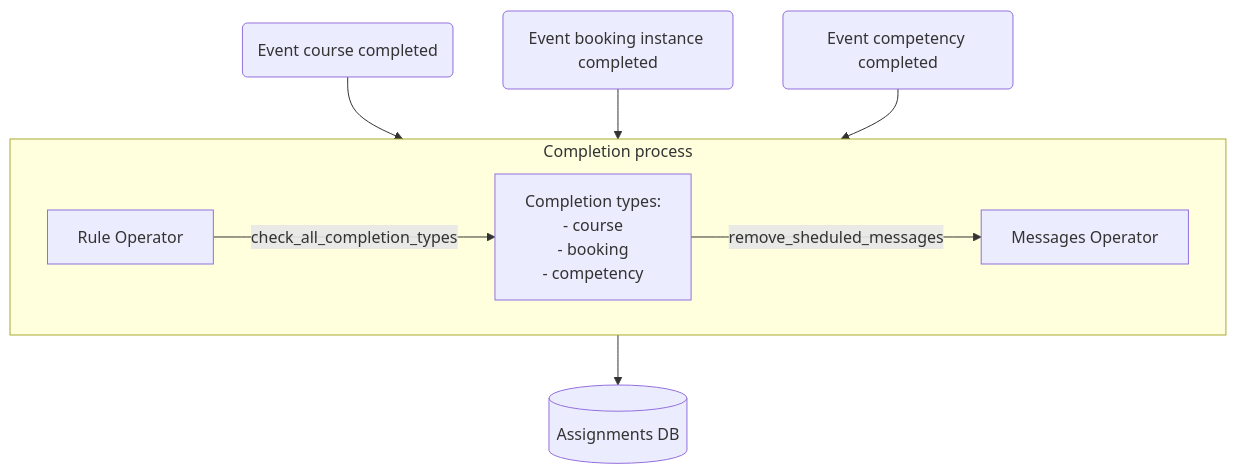
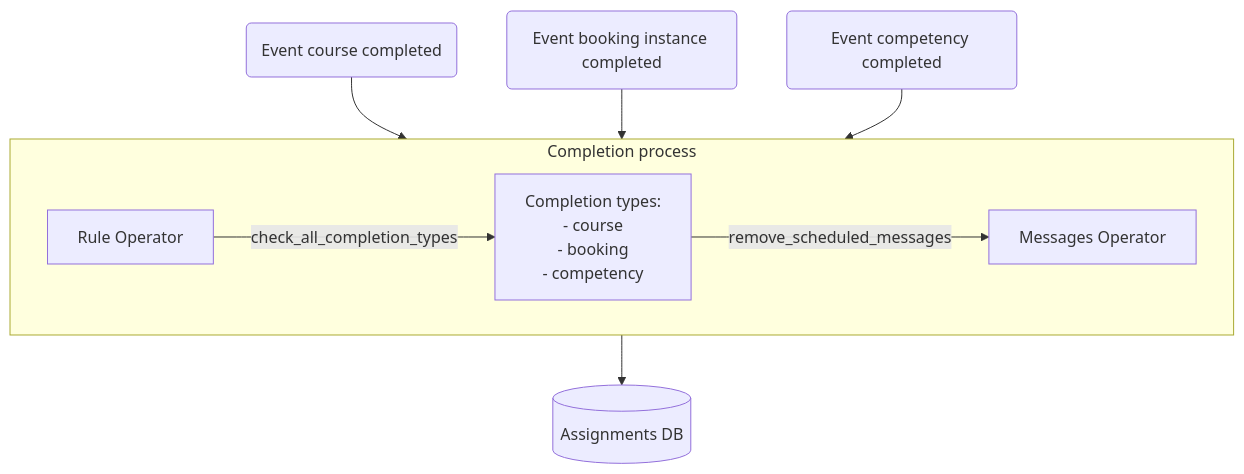
One commit to Wunderbyte-GmbH/Moodle-local_taskflow changed the diagram in classes/local/completion_process/assignment_operators_info.md. Above: the diagram before and after it, drawn with Mermaid. The commit also changed 20 other files, not shown here.

````diff
--- a/classes/local/completion_process/assignment_operators_info.md
+++ b/classes/local/completion_process/assignment_operators_info.md
@@ -1,29 +1,29 @@
 ```mermaid
     graph TD
     %% External elements
     ExternalCourse(Event course completed)
     ExternalBooking(Event booking instance completed)
     ExternalCompetency(Event competency completed)
     DBAssignment[(Assignments DB)]
 
     %% Main component as subgraph
     subgraph CompletionProcess["Completion process"]
         rule_operator["Rule Operator"]
         completion_type_operator["
         Completion types:
             - course
             - booking
             - competency
         "]
         message_operator["Messages Operator"]
         %% Internal relations
         rule_operator -- check_all_completion_types--> completion_type_operator
-        completion_type_operator -- remove_sheduled_messages--> message_operator
+        completion_type_operator -- remove_scheduled_messages--> message_operator
     end
 
     %% External connections
     ExternalCourse --> CompletionProcess
     ExternalBooking --> CompletionProcess
     ExternalCompetency --> CompletionProcess
     CompletionProcess --> DBAssignment
 ```
````
